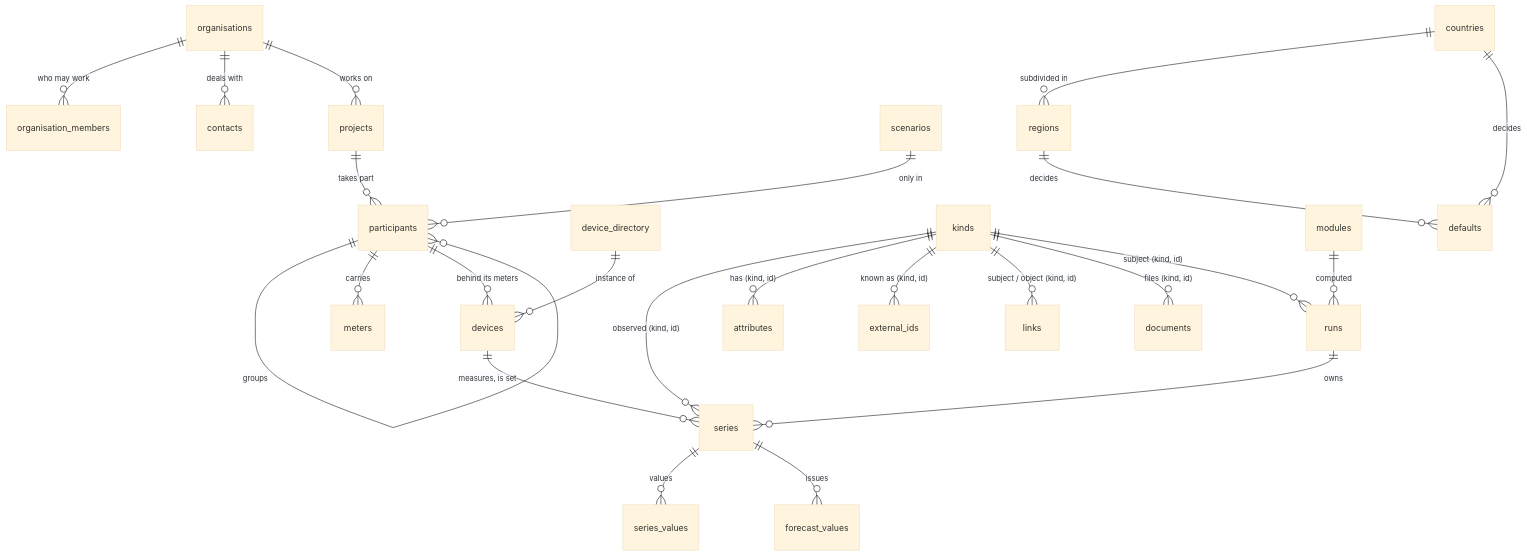
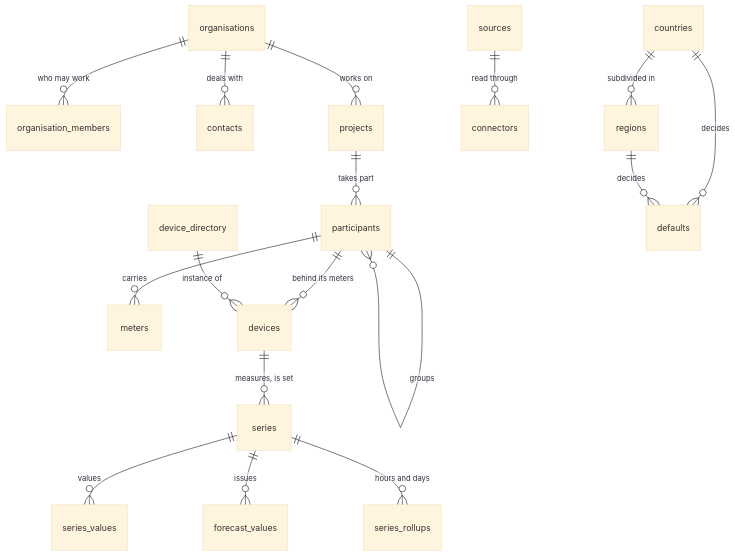
Before and after one commit to nexgen-os/nexgen-os: the first of 2 diagrams in docs/model.md, drawn with Mermaid (base theme). The commit also changed other lines of this file and 27 other files, not shown here.

````diff
--- a/docs/model.md
+++ b/docs/model.md
@@ -17,26 +18,19 @@
 ```mermaid
 erDiagram
   organisations ||--o{ organisation_members : "who may work"
   organisations ||--o{ contacts : "deals with"
   organisations ||--o{ projects : "works on"
   projects ||--o{ participants : "takes part"
   participants ||--o{ participants : "groups"
   participants ||--o{ meters : carries
   participants ||--o{ devices : "behind its meters"
   device_directory ||--o{ devices : "instance of"
-  kinds ||--o{ series : "observed (kind, id)"
   devices ||--o{ series : "measures, is set"
-  runs ||--o{ series : owns
   series ||--o{ series_values : values
   series ||--o{ forecast_values : issues
-  kinds ||--o{ attributes : "has (kind, id)"
-  kinds ||--o{ external_ids : "known as (kind, id)"
-  kinds ||--o{ links : "subject / object (kind, id)"
-  kinds ||--o{ documents : "files (kind, id)"
-  kinds ||--o{ runs : "subject (kind, id)"
-  scenarios ||--o{ participants : "only in"
-  modules ||--o{ runs : computed
+  series ||--o{ series_rollups : "hours and days"
+  sources ||--o{ connectors : "read through"
   countries ||--o{ regions : "subdivided in"
   countries ||--o{ defaults : decides
   regions ||--o{ defaults : decides
 ```
````
